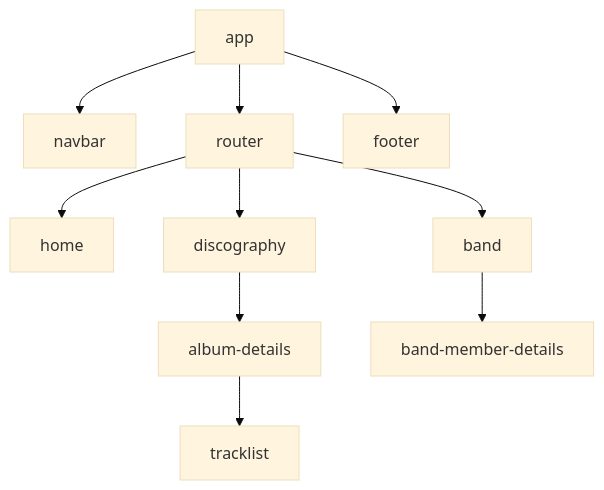
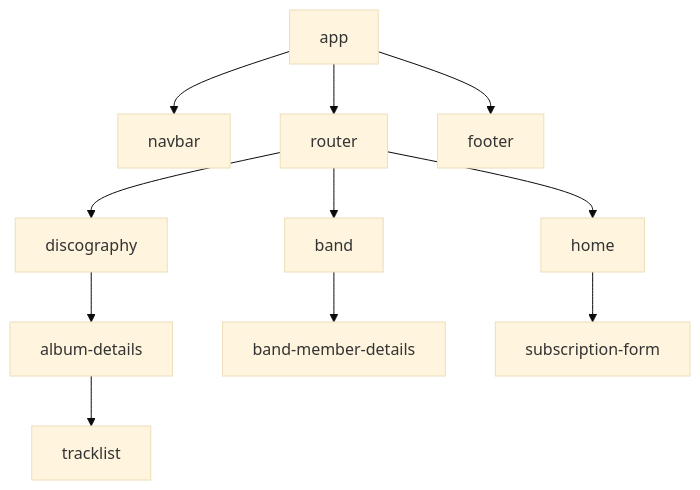
The diagram in README.md (paulohenrique-gh/angular-spa-dream-theater), drawn with Mermaid (base theme) before and after one commit. The commit also changed other lines of this file, not shown here.

````diff
--- a/README.md
+++ b/README.md
@@ -64,12 +64,13 @@
 ```mermaid
 graph TD
     A[app] --> B[navbar]
     A[app] --> C[router]
     A[app] --> D[footer]
     C[router] --> E[home]
     C[router] --> F[discography]
     C[router] --> G[band]
     F[discography] --> H[album-details]
     H[album-details] --> I[tracklist]
     G[band] --> J[band-member-details]
+    E[home] --> K[subscription-form] 
 ```
````
